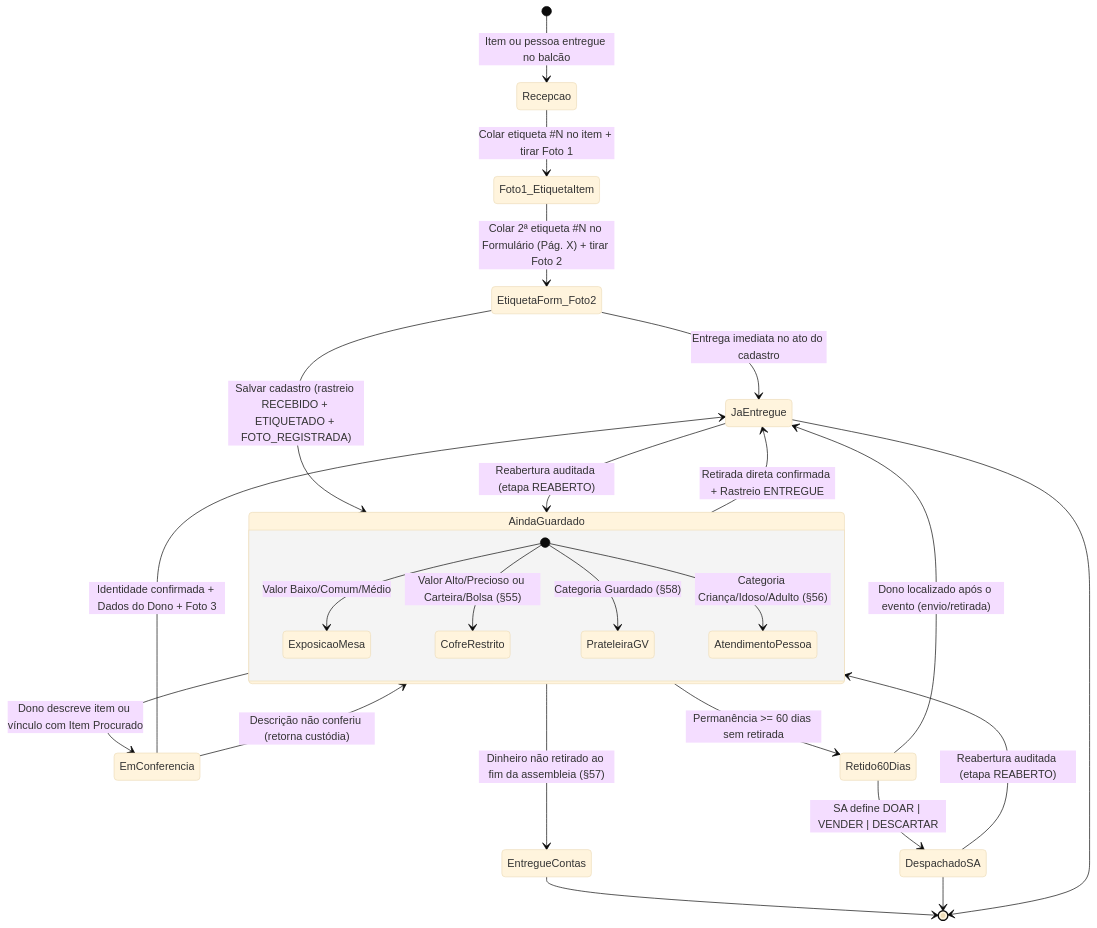
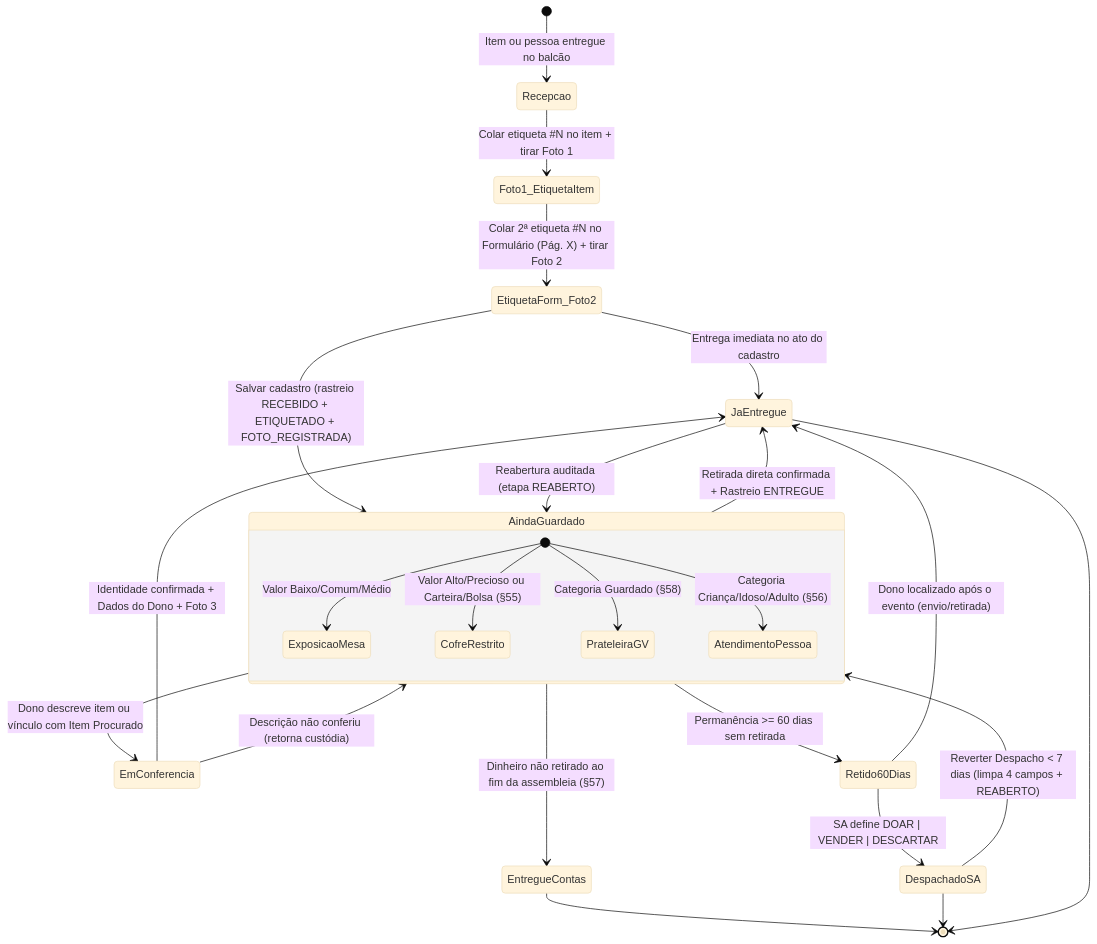
The third of 10 diagrams in docs/UML.md (EliezerRosa/assembleia-perdidos-achados-pwa), drawn with Mermaid (base theme) before and after one commit. The commit also changed other lines of this file and 5 other files, not shown here.

Commit message:
docs: atualizar MER, UML e explorador grafico com ANEXO 1 (15l), PA.txt, trava Abrir/Fechar, 5 secoes e Reverter Despacho 7d

````diff
--- a/docs/UML.md
+++ b/docs/UML.md
@@ -216,32 +221,32 @@
 ```mermaid
 stateDiagram-v2
     [*] --> Recepcao : Item ou pessoa entregue no balcão
     Recepcao --> Foto1_EtiquetaItem : Colar etiqueta #N no item + tirar Foto 1
     Foto1_EtiquetaItem --> EtiquetaForm_Foto2 : Colar 2ª etiqueta #N no Formulário (Pág. X) + tirar Foto 2
     EtiquetaForm_Foto2 --> AindaGuardado : Salvar cadastro (rastreio RECEBIDO + ETIQUETADO + FOTO_REGISTRADA)
     EtiquetaForm_Foto2 --> JaEntregue : Entrega imediata no ato do cadastro
 
     state AindaGuardado {
         [*] --> ExposicaoMesa : Valor Baixo/Comum/Médio
         [*] --> CofreRestrito : Valor Alto/Precioso ou Carteira/Bolsa (§55)
         [*] --> PrateleiraGV : Categoria Guardado (§58)
         [*] --> AtendimentoPessoa : Categoria Criança/Idoso/Adulto (§56)
     }
 
     AindaGuardado --> EmConferencia : Dono descreve item ou vínculo com Item Procurado
     EmConferencia --> AindaGuardado : Descrição não conferiu (retorna custódia)
     EmConferencia --> JaEntregue : Identidade confirmada + Dados do Dono + Foto 3
     AindaGuardado --> JaEntregue : Retirada direta confirmada + Rastreio ENTREGUE
 
     AindaGuardado --> EntregueContas : Dinheiro não retirado ao fim da assembleia (§57)
     AindaGuardado --> Retido60Dias : Permanência >= 60 dias sem retirada
     Retido60Dias --> JaEntregue : Dono localizado após o evento (envio/retirada)
     Retido60Dias --> DespachadoSA : SA define DOAR | VENDER | DESCARTAR
 
     JaEntregue --> AindaGuardado : Reabertura auditada (etapa REABERTO)
-    DespachadoSA --> AindaGuardado : Reabertura auditada (etapa REABERTO)
+    DespachadoSA --> AindaGuardado : Reverter Despacho < 7 dias (limpa 4 campos + REABERTO)
 
     EntregueContas --> [*]
     DespachadoSA --> [*]
     JaEntregue --> [*]
 ```
````
